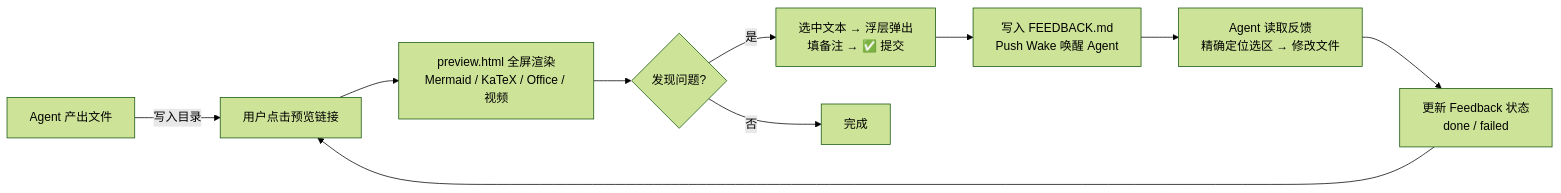
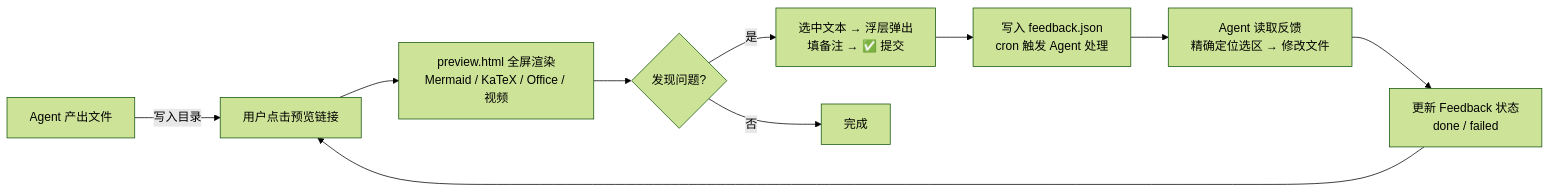
One commit to updatedb/clawmate changed the first of 2 diagrams in README.md. Above: the diagram before and after it, drawn with Mermaid (forest theme). The commit also changed other lines of this file and 19 other files, not shown here.

First line of the commit message:
v1.5: FEEDBACK.md → feedback.json 格式迁移 + 多项优化

````diff
--- a/README.md
+++ b/README.md
@@ -11,12 +11,12 @@
 ```mermaid
 flowchart LR
     A[Agent 产出文件] -->|写入目录| B[用户点击预览链接]
     B --> C[preview.html 全屏渲染<br>Mermaid / KaTeX / Office / 视频]
     C --> D{发现问题?}
     D -->|是| E[选中文本 → 浮层弹出<br>填备注 → ✅ 提交]
-    E --> F[写入 FEEDBACK.md<br>Push Wake 唤醒 Agent]
+    E --> F[写入 feedback.json<br>cron 触发 Agent 处理]
     F --> G[Agent 读取反馈<br>精确定位选区 → 修改文件]
     G --> H[更新 Feedback 状态<br>done / failed]
     H --> B
     D -->|否| I[完成]
 ```
````
